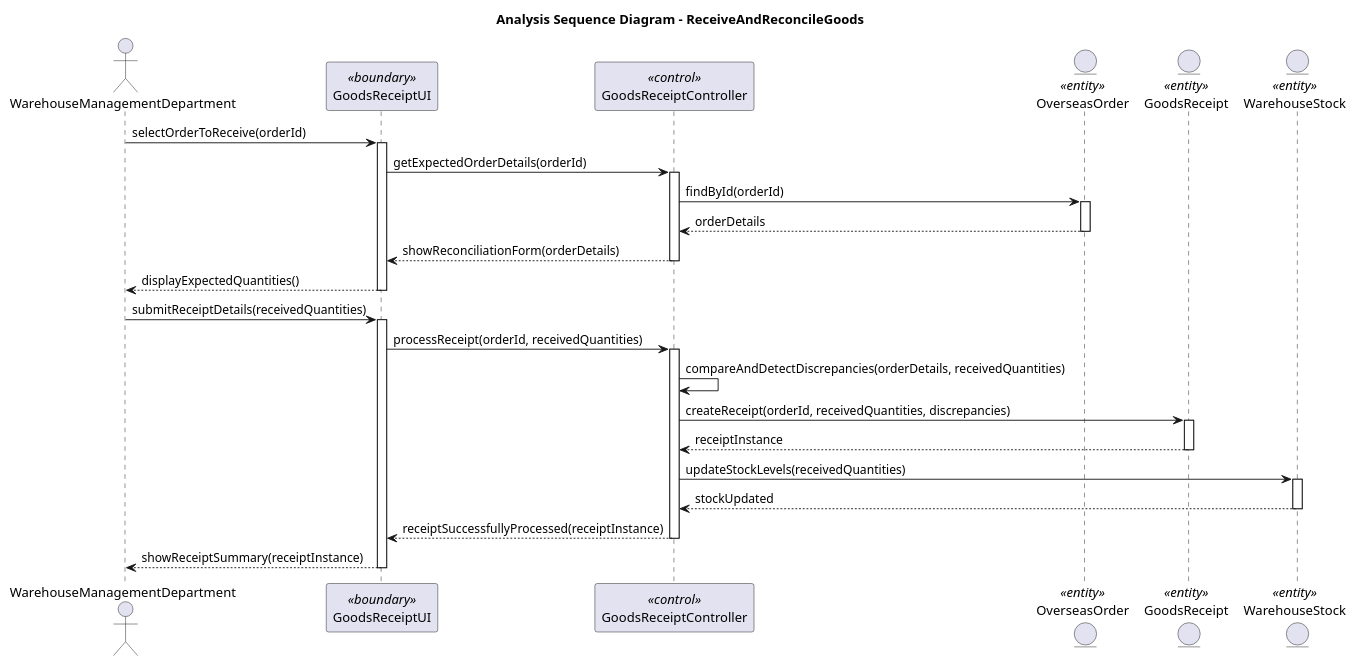
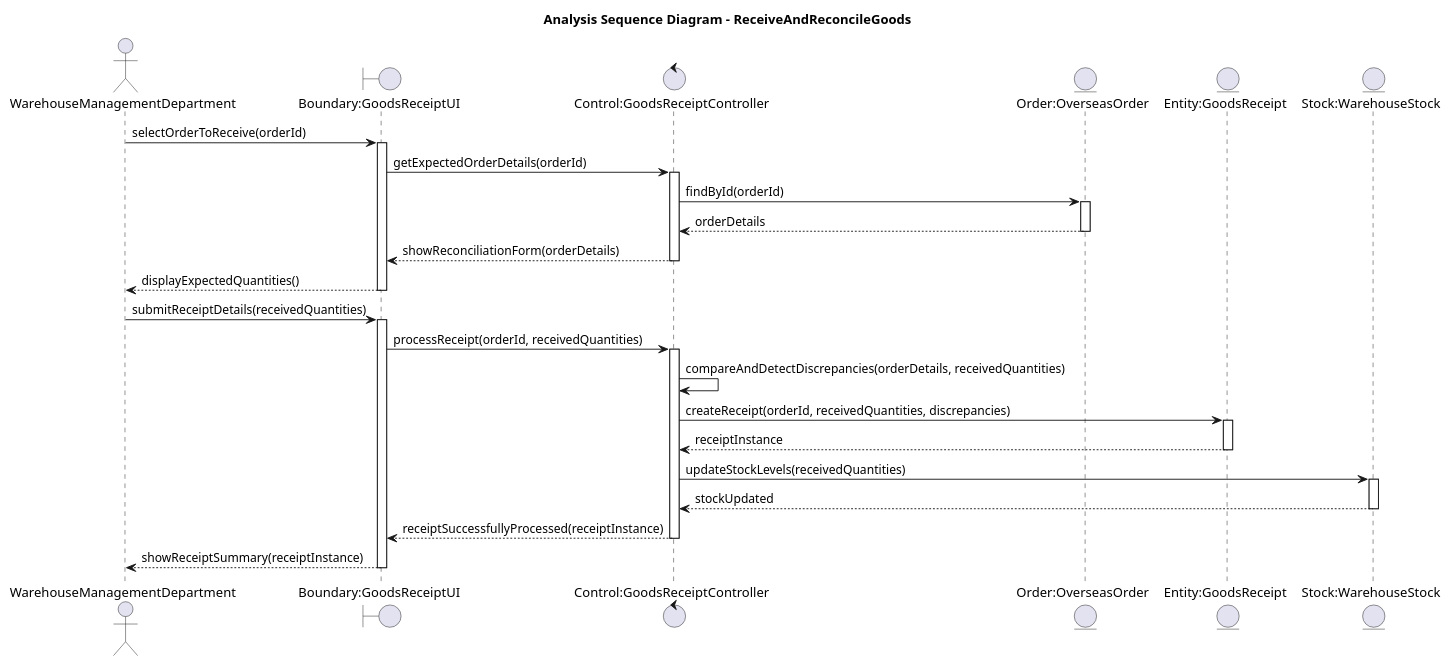
One commit to nqd2/2025.2-166155-15 changed the diagram in docs/details/UC006_ReceiveAndReconcileGoods/sequence_analysis_receive_and_reconcile_goods.puml. Above: the diagram before and after it, drawn with PlantUML. The commit also changed 176 other files, not shown here.

```diff
--- a/docs/details/UC006_ReceiveAndReconcileGoods/sequence_analysis_receive_and_reconcile_goods.puml
+++ b/docs/details/UC006_ReceiveAndReconcileGoods/sequence_analysis_receive_and_reconcile_goods.puml
@@ -1,45 +1,45 @@
 @startuml sequence_analysis_receive_and_reconcile_goods
 title Analysis Sequence Diagram - ReceiveAndReconcileGoods
 
 actor WarehouseManagementDepartment as Actor
-participant "GoodsReceiptUI" as Boundary <<boundary>>
-participant "GoodsReceiptController" as Control <<control>>
-entity "OverseasOrder" as Order <<entity>>
-entity "GoodsReceipt" as Entity <<entity>>
-entity "WarehouseStock" as Stock <<entity>>
+boundary "Boundary:GoodsReceiptUI" as Boundary
+control "Control:GoodsReceiptController" as Control
+entity "Order:OverseasOrder" as Order
+entity "Entity:GoodsReceipt" as Entity
+entity "Stock:WarehouseStock" as Stock
 
 Actor -> Boundary : selectOrderToReceive(orderId)
 activate Boundary
 Boundary -> Control : getExpectedOrderDetails(orderId)
 activate Control
 Control -> Order : findById(orderId)
 activate Order
 Order --> Control : orderDetails
 deactivate Order
 Control --> Boundary : showReconciliationForm(orderDetails)
 deactivate Control
 Boundary --> Actor : displayExpectedQuantities()
 deactivate Boundary
 
 Actor -> Boundary : submitReceiptDetails(receivedQuantities)
 activate Boundary
 Boundary -> Control : processReceipt(orderId, receivedQuantities)
 activate Control
 
 Control -> Control : compareAndDetectDiscrepancies(orderDetails, receivedQuantities)
 
 Control -> Entity : createReceipt(orderId, receivedQuantities, discrepancies)
 activate Entity
 Entity --> Control : receiptInstance
 deactivate Entity
 
 Control -> Stock : updateStockLevels(receivedQuantities)
 activate Stock
 Stock --> Control : stockUpdated
 deactivate Stock
 
 Control --> Boundary : receiptSuccessfullyProcessed(receiptInstance)
 deactivate Control
 Boundary --> Actor : showReceiptSummary(receiptInstance)
 deactivate Boundary
 @enduml
```
